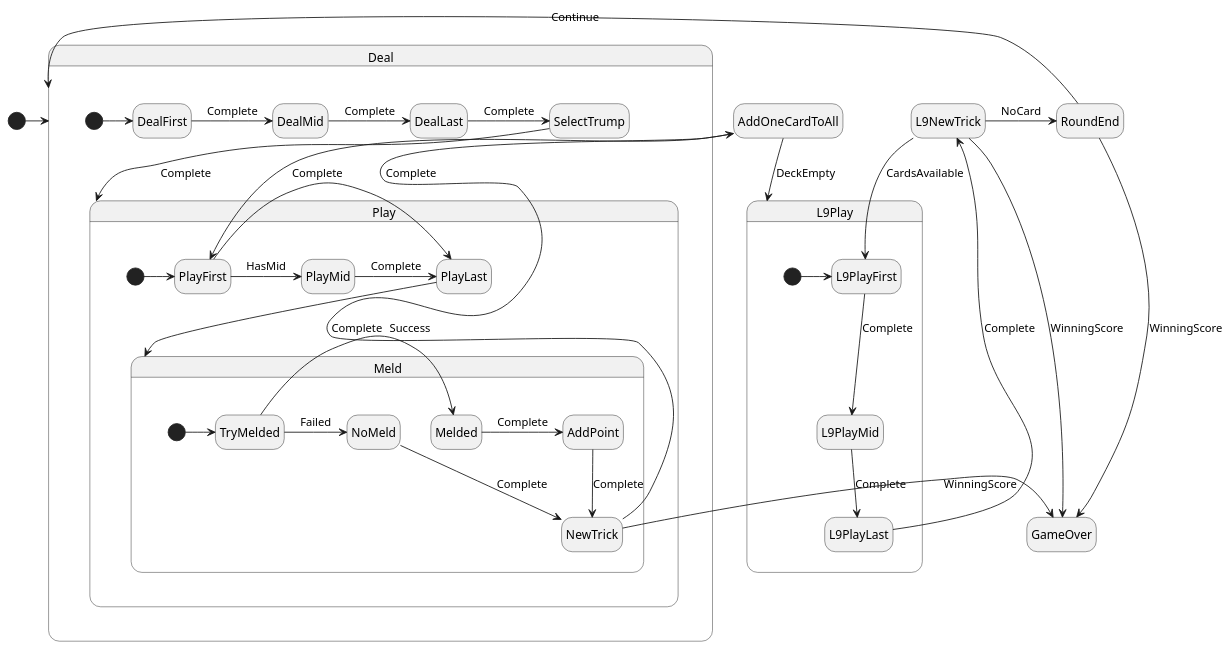
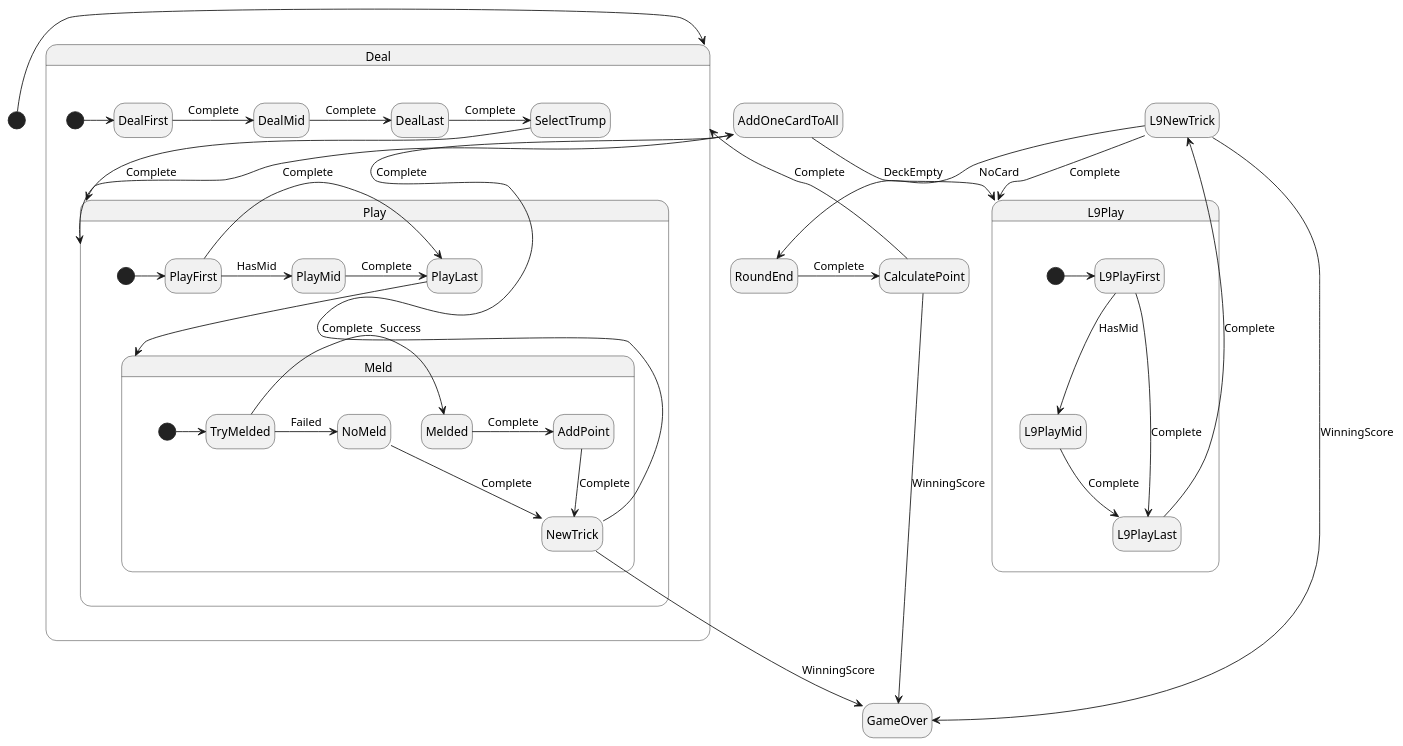
Before and after one commit to shefat2002/BeziqueCore: the diagram in BeziqueCore/Bezique.puml, drawn with PlantUML. The commit also changed 2 other files, not shown here.

Commit message:
Completed diagram

```diff
--- a/BeziqueCore/Bezique.puml
+++ b/BeziqueCore/Bezique.puml
@@ -1,88 +1,90 @@
 @startuml
 
 /'! $CONFIG : toml
 SmRunnerSettings.transpilerId = "CSharp"
 
 [RenderConfig.CSharp]
 NameSpace =  "BeziqueCore;"
 '/
 
 hide empty description
 skinparam stateMessageAlignment center
 
 [*] -> Deal
 
 
 state Deal {
     state DealFirst
     state DealMid
     state DealLast
 
     [*] -> DealFirst
     DealFirst -> DealMid : Complete 
     DealMid -> DealLast : Complete
     DealLast -> SelectTrump : Complete 
     SelectTrump --> Play : Complete 
 }
 
 state Play {
     state PlayFirst
     state PlayMid
     state PlayLast
     
     [*] -> PlayFirst
     PlayFirst -> PlayMid : HasMid
     PlayMid -> PlayLast : Complete
     PlayFirst -> PlayLast : Complete
     PlayLast --> Meld
 }
 
 state Meld{
     [*] -> TryMelded
     state Melded
     state NoMeld
     
     TryMelded -> Melded : Success
     TryMelded -> NoMeld : Failed
     
     Melded -> AddPoint : Complete
     NoMeld --> NewTrick : Complete
     
 }
 
 
 AddPoint --> NewTrick : Complete
 
 NewTrick -> AddOneCardToAll : Complete
 
-AddOneCardToAll --> PlayFirst : Complete
+AddOneCardToAll --> Play : Complete
 
 AddOneCardToAll --> L9Play : DeckEmpty
 
 state L9Play{
     state L9PlayFirst
     state L9PlayMid
     state L9PlayLast
     
     [*]-> L9PlayFirst
-    L9PlayFirst --> L9PlayMid : Complete
-    L9PlayMid --> L9PlayLast : Complete        
+    L9PlayFirst --> L9PlayMid : HasMid
+    L9PlayMid --> L9PlayLast : Complete
+    L9PlayFirst --> L9PlayLast : Complete
 }
 
 L9PlayLast --> L9NewTrick : Complete
-L9NewTrick --> L9PlayFirst : CardsAvailable
+L9NewTrick --> L9Play : Complete
 
-L9NewTrick -> RoundEnd : NoCard
-RoundEnd -> Deal : Continue
+L9NewTrick --> RoundEnd : NoCard
+CalculatePoint --> Deal : Complete
 
 
-RoundEnd -> GameOver : WinningScore
-NewTrick -> GameOver : WinningScore
+RoundEnd -> CalculatePoint : Complete
+CalculatePoint -> GameOver : WinningScore
+NewTrick --> GameOver : WinningScore
 L9NewTrick -> GameOver : WinningScore
 
 
 
 
 
 
 @enduml
```
